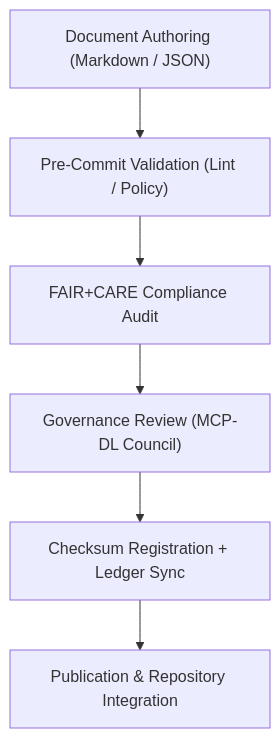
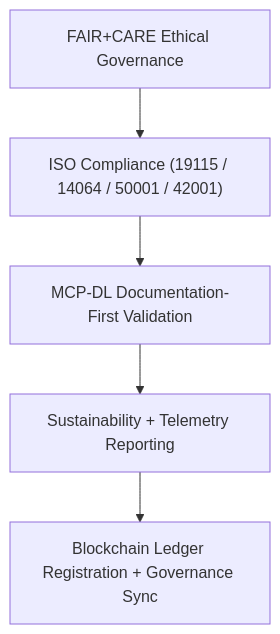
Before and after one commit to bartytime4life/Kansas-Frontier-Matrix: the first of 2 diagrams in docs/standards/README.md, drawn with Mermaid. The commit also changed other lines of this file, not shown here.

First line of the commit message:
Revise governance and standards framework to v9.6.0

````diff
--- a/docs/standards/README.md
+++ b/docs/standards/README.md
@@ -80,8 +68,7 @@
 ```mermaid
 flowchart TD
-  A["Document Authoring (Markdown / JSON)"] --> B["Pre-Commit Validation (Lint / Policy)"]
-  B --> C["FAIR+CARE Compliance Audit"]
-  C --> D["Governance Review (MCP-DL Council)"]
-  D --> E["Checksum Registration + Ledger Sync"]
-  E --> F["Publication & Repository Integration"]
+    A["FAIR+CARE Ethical Governance"] --> B["ISO Compliance (19115 / 14064 / 50001 / 42001)"]
+    B --> C["MCP-DL Documentation-First Validation"]
+    C --> D["Sustainability + Telemetry Reporting"]
+    D --> E["Blockchain Ledger Registration + Governance Sync"]
 ```
````
